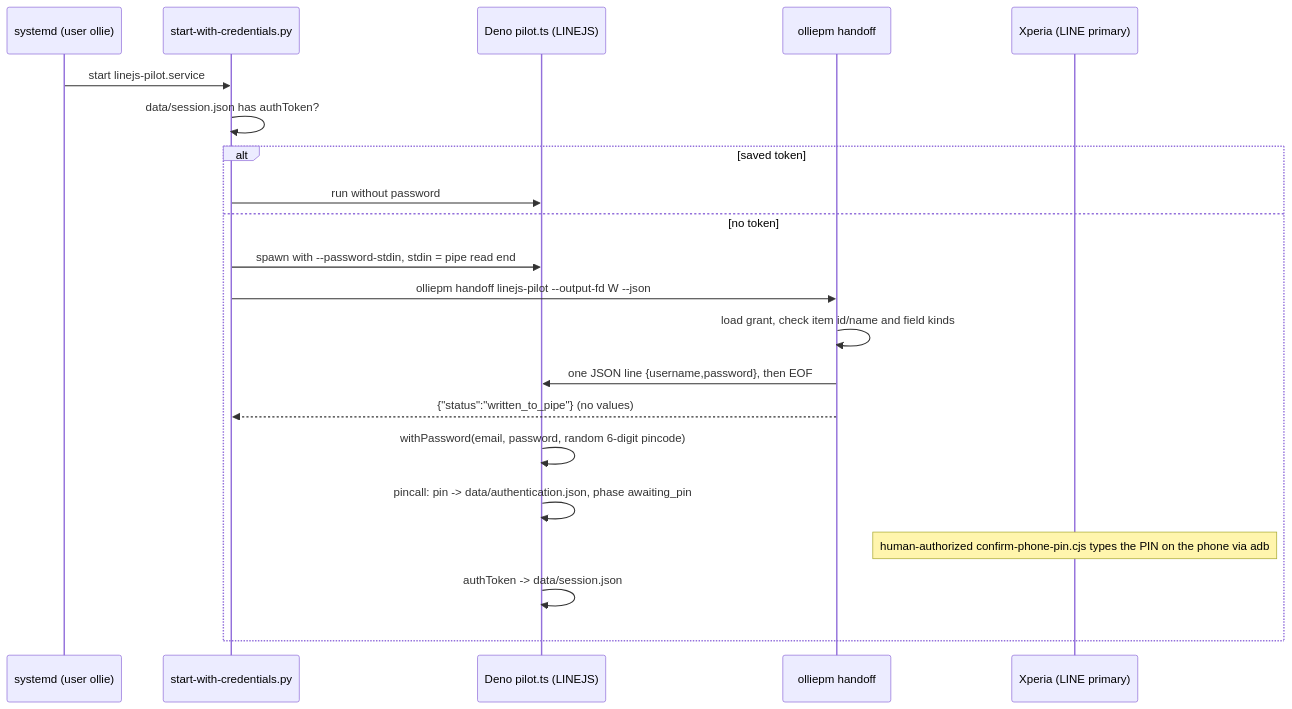
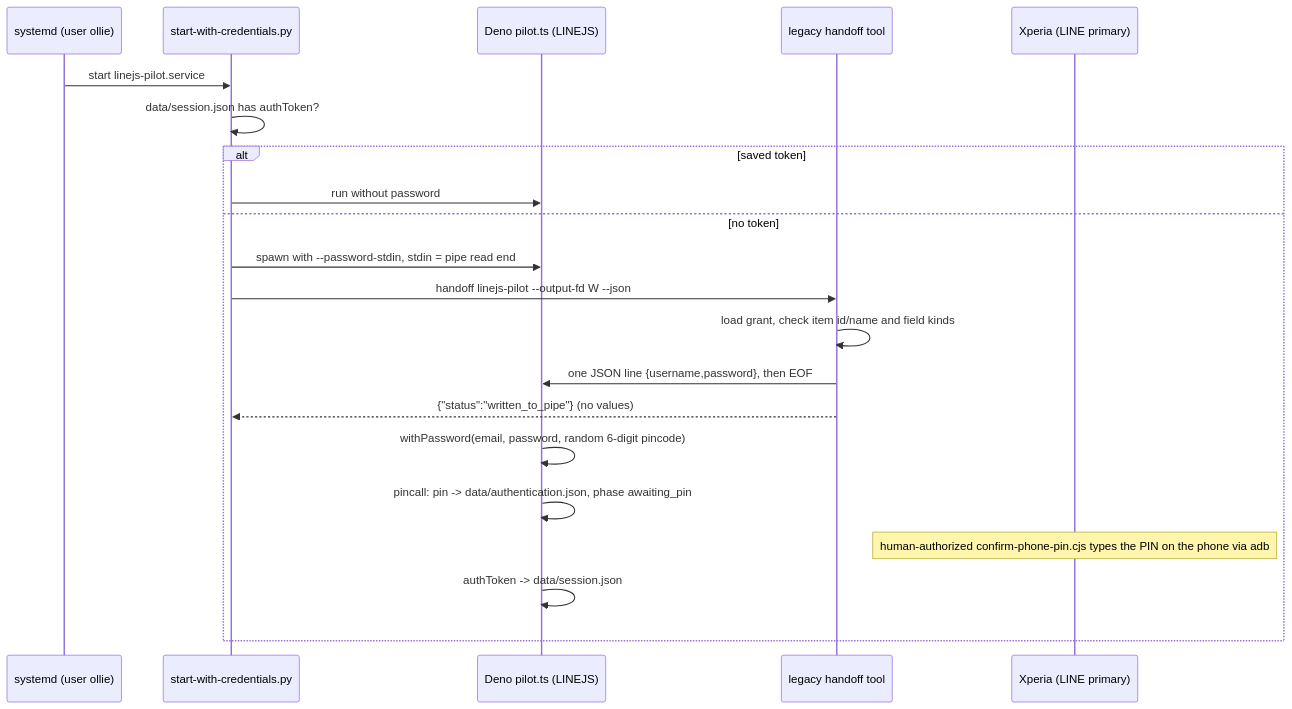
Before and after one commit to mics8128/blindfill: the diagram in docs/design/line-gateway-login.md, drawn with Mermaid. The commit also changed other lines of this file and 16 other files, not shown here.

````diff
--- a/docs/design/line-gateway-login.md
+++ b/docs/design/line-gateway-login.md
@@ -31,23 +31,23 @@
 ```mermaid
 sequenceDiagram
   participant S as systemd (user ollie)
   participant L as start-with-credentials.py
   participant D as Deno pilot.ts (LINEJS)
-  participant O as olliepm handoff
+  participant O as legacy handoff tool
   participant P as Xperia (LINE primary)
   S->>L: start linejs-pilot.service
   L->>L: data/session.json has authToken?
   alt saved token
     L->>D: run without password
   else no token
     L->>D: spawn with --password-stdin, stdin = pipe read end
-    L->>O: olliepm handoff linejs-pilot --output-fd W --json
+    L->>O: handoff linejs-pilot --output-fd W --json
     O->>O: load grant, check item id/name and field kinds
     O->>D: one JSON line {username,password}, then EOF
     O-->>L: {"status":"written_to_pipe"} (no values)
     D->>D: withPassword(email, password, random 6-digit pincode)
     D->>D: pincall: pin -> data/authentication.json, phase awaiting_pin
     Note over P: human-authorized confirm-phone-pin.cjs types the PIN on the phone via adb
     D->>D: authToken -> data/session.json
   end
 ```
````
